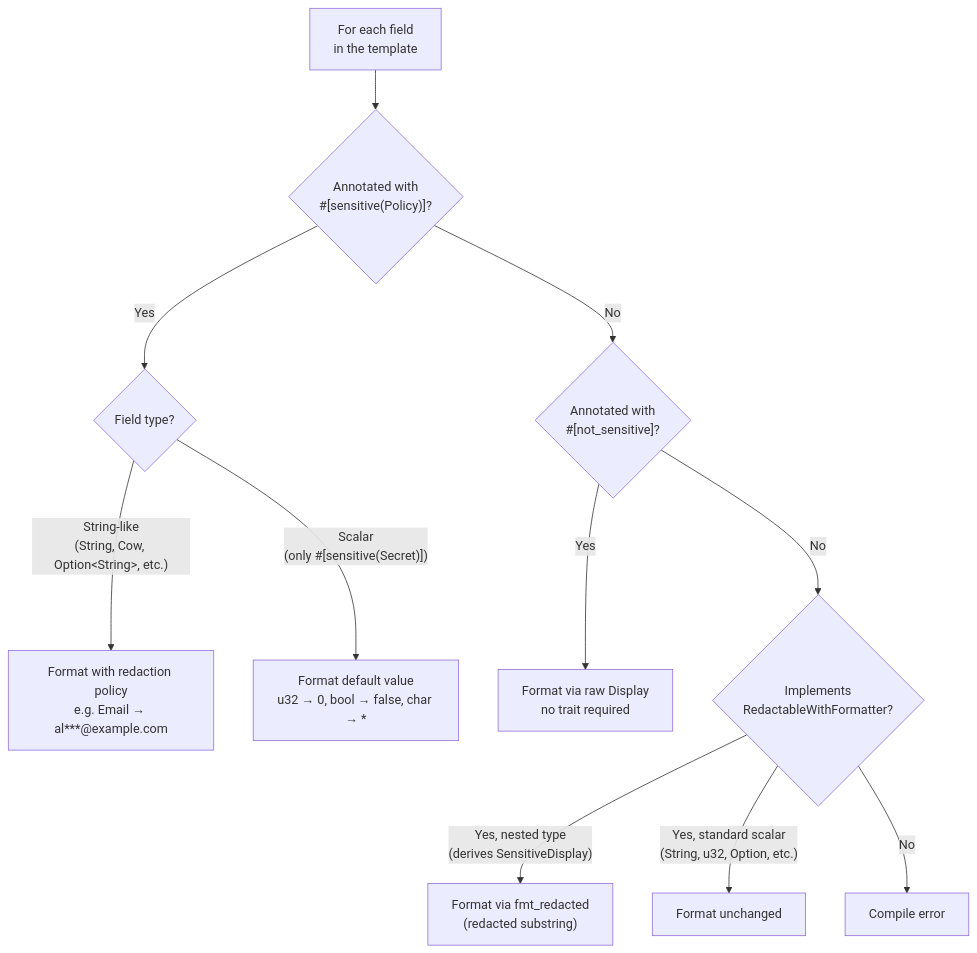
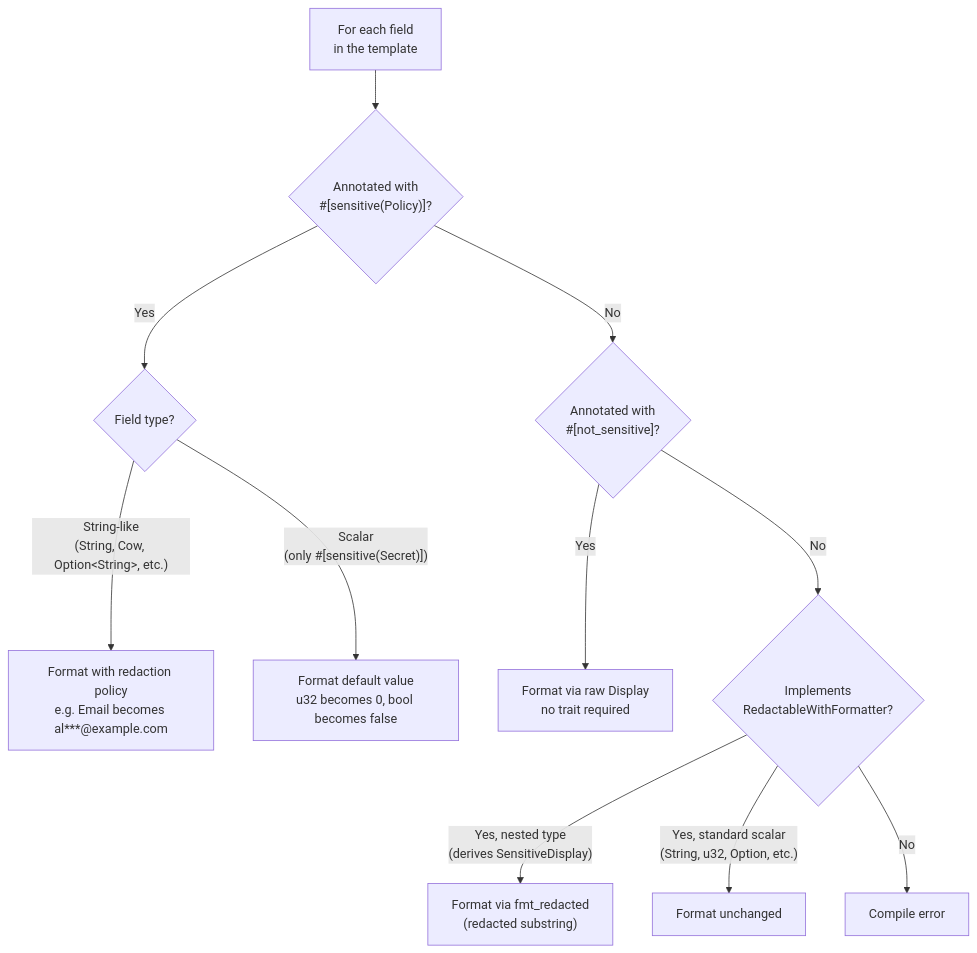
The second of 2 diagrams in README.md (sformisano/redactable), drawn with Mermaid before and after one commit. The commit also changed other lines of this file and 231 other files, not shown here.

````diff
--- a/README.md
+++ b/README.md
@@ -464,13 +553,13 @@
 ```mermaid
 flowchart TD
     F["For each field<br/>in the template"] --> A{"Annotated with<br/>#[sensitive(Policy)]?"}
     A -- Yes --> T{"Field type?"}
-    T -- "String-like<br/>(String, Cow, Option&lt;String&gt;, etc.)" --> B["Format with redaction policy<br/>e.g. Email → al***@example.com"]
-    T -- "Scalar<br/>(only #[sensitive(Secret)])" --> C["Format default value<br/>u32 → 0, bool → false, char → *"]
+    T -- "String-like<br/>(String, Cow, Option&lt;String&gt;, etc.)" --> B["Format with redaction policy<br/>e.g. Email becomes al***@example.com"]
+    T -- "Scalar<br/>(only #[sensitive(Secret)])" --> C["Format default value<br/>u32 becomes 0, bool becomes false"]
     A -- No --> D{"Annotated with<br/>#[not_sensitive]?"}
     D -- Yes --> E["Format via raw Display<br/>no trait required"]
     D -- No --> G{"Implements<br/>RedactableWithFormatter?"}
     G -- "Yes, nested type<br/>(derives SensitiveDisplay)" --> I["Format via fmt_redacted<br/>(redacted substring)"]
     G -- "Yes, standard scalar<br/>(String, u32, Option, etc.)" --> J["Format unchanged"]
     G -- No --> K["Compile error"]
 ```
````
